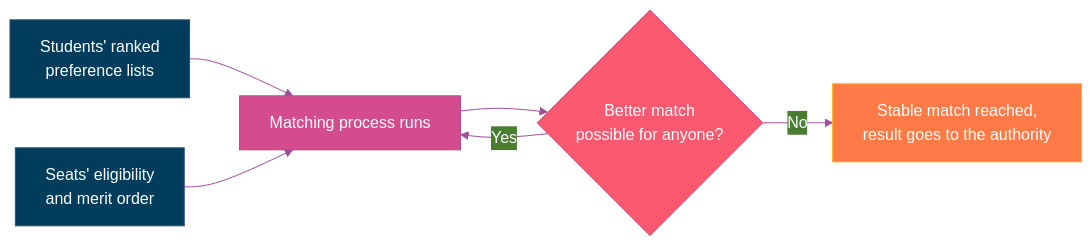
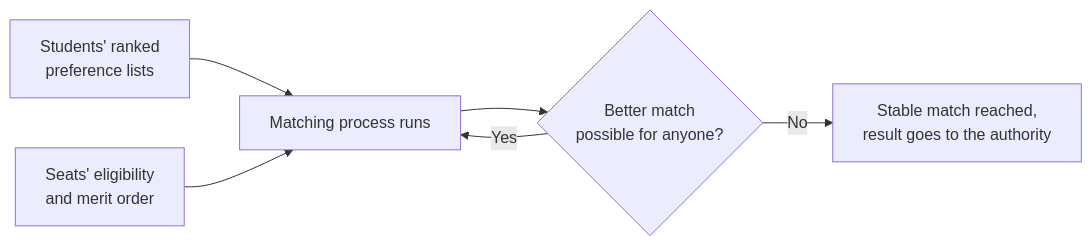
One commit to aashrutsharma/whitepaper changed the third of 3 diagrams in technical/core-capabilities.mdx. Above: the diagram before and after it, drawn with Mermaid. The commit also changed other lines of this file and 16 other files, not shown here.

````diff
--- a/technical/core-capabilities.mdx
+++ b/technical/core-capabilities.mdx
@@ -132,25 +115,9 @@
 ```mermaid actions={true}
-%%{init: {
-  'theme': 'base',
-  'themeVariables': {
-    'primaryColor': '#31497e',
-    'primaryTextColor': '#ffffff',
-    'primaryBorderColor': '#003d5c',
-    'lineColor': '#a14e9a',
-    'background': 'transparent',
-    'fontFamily': 'Inter, sans-serif'
-  }
-}}%%
+
 flowchart LR
     A[Students' ranked\npreference lists] --> C[Matching process runs]
     B[Seats' eligibility\nand merit order] --> C
     C --> D{Better match\npossible for anyone?}
     D -->|Yes| C
     D -->|No| E[Stable match reached,\nresult goes to the authority]
-
-    style A fill:#003d5c,stroke:#31497e,color:#fff
-    style B fill:#003d5c,stroke:#31497e,color:#fff
-    style C fill:#d44c8d,stroke:#a14e9a,color:#fff
-    style D fill:#f9596f,stroke:#d44c8d,color:#fff
-    style E fill:#ff7a47,stroke:#ffa600,color:#fff
 ```
````
